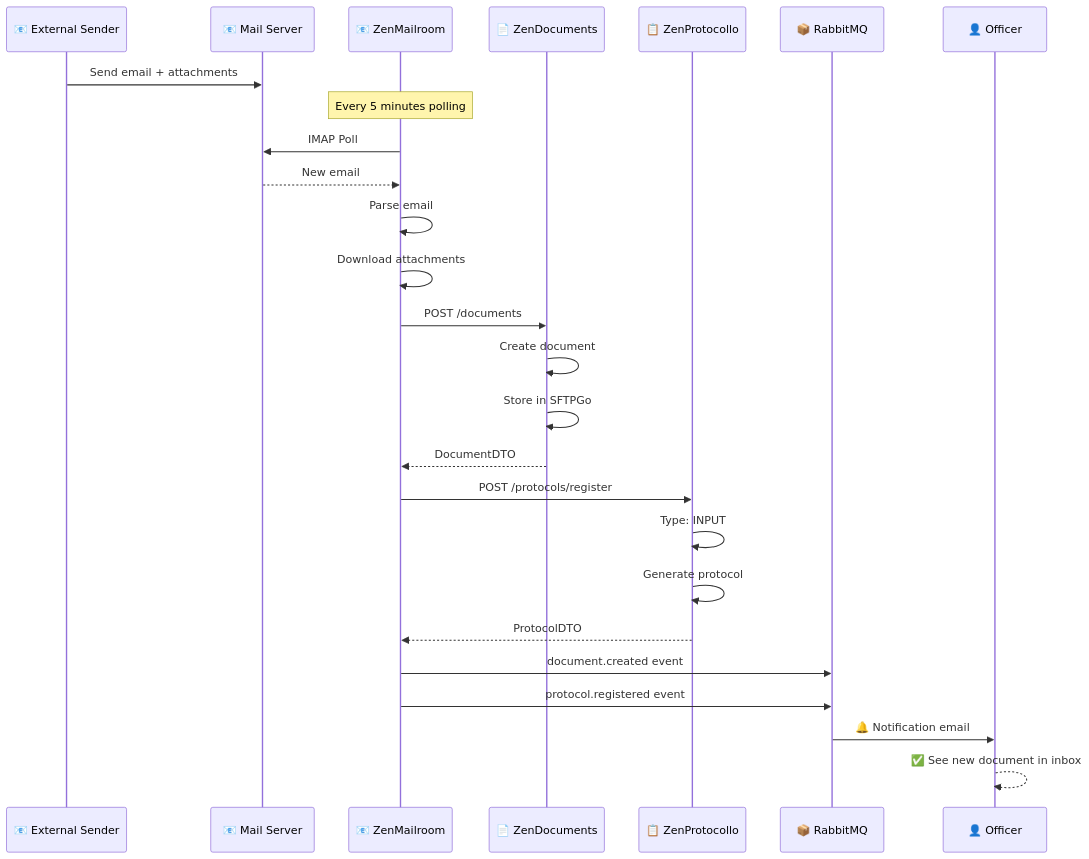
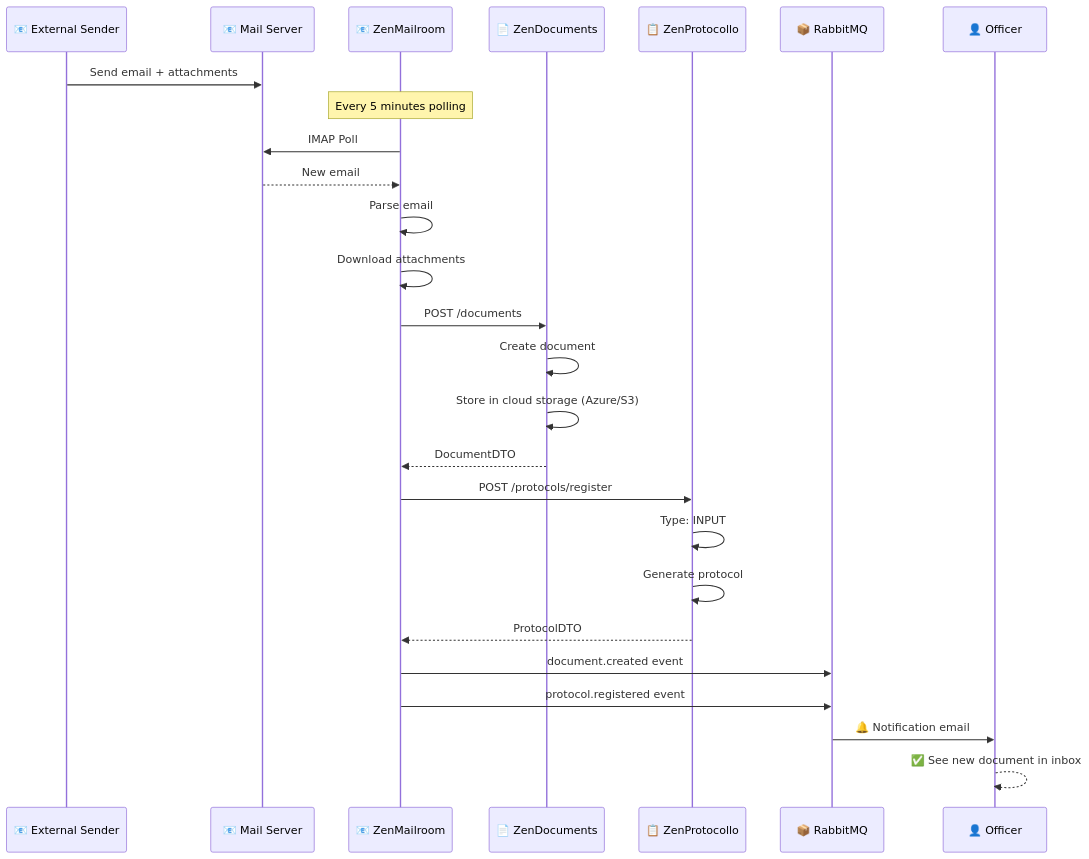
Before and after one commit to gianlucaciarcelluti/Interzen.ZenIA: diagram 17 of 23 in docs/ZENSHAREUP-ARCHITECTURE.md, drawn with Mermaid. The commit also changed other lines of this file, not shown here.

Commit message:
Fix: Correct SFTPGo storage terminology in sequence diagrams
Changed inaccurate references:
- 'Save file in SFTPGo' → 'Save to cloud storage (Azure/S3)'
- 'Store in SFTPGo' → 'Store in cloud storage (Azure/S3)'

Reason: SFTPGo is a document ingress gateway (acquisition only), not the storage backend.
The actual storage is handled by ZenDocuments using Azure Blob Storage (primary) or AWS S3 (failover).

Locations fixed:
- Line 775: Flusso 1 - Creazione e Protocollazione di Documento
- Line 829: Flusso 2 - Ricezione Email e Auto-registrazione

🤖 Generated with Claude Code

````diff
--- a/docs/ZENSHAREUP-ARCHITECTURE.md
+++ b/docs/ZENSHAREUP-ARCHITECTURE.md
@@ -808,35 +808,35 @@
 ```mermaid
 sequenceDiagram
     participant Sender as 📧 External Sender
     participant Mail as 📧 Mail Server
     participant ZenMail as 📧 ZenMailroom
     participant ZenDocs as 📄 ZenDocuments
     participant ZenProt as 📋 ZenProtocollo
     participant Queue as 📦 RabbitMQ
     participant User as 👤 Officer
 
     Sender->>Mail: Send email + attachments
 
     Note over ZenMail: Every 5 minutes polling
 
     ZenMail->>Mail: IMAP Poll
     Mail-->>ZenMail: New email
     ZenMail->>ZenMail: Parse email
     ZenMail->>ZenMail: Download attachments
 
     ZenMail->>ZenDocs: POST /documents
     ZenDocs->>ZenDocs: Create document
-    ZenDocs->>ZenDocs: Store in SFTPGo
+    ZenDocs->>ZenDocs: Store in cloud storage (Azure/S3)
     ZenDocs-->>ZenMail: DocumentDTO
 
     ZenMail->>ZenProt: POST /protocols/register
     ZenProt->>ZenProt: Type: INPUT
     ZenProt->>ZenProt: Generate protocol #
     ZenProt-->>ZenMail: ProtocolDTO
 
     ZenMail->>Queue: document.created event
     ZenMail->>Queue: protocol.registered event
 
     Queue->>User: 🔔 Notification email
     User-->>User: ✅ See new document in inbox
 ```
````
